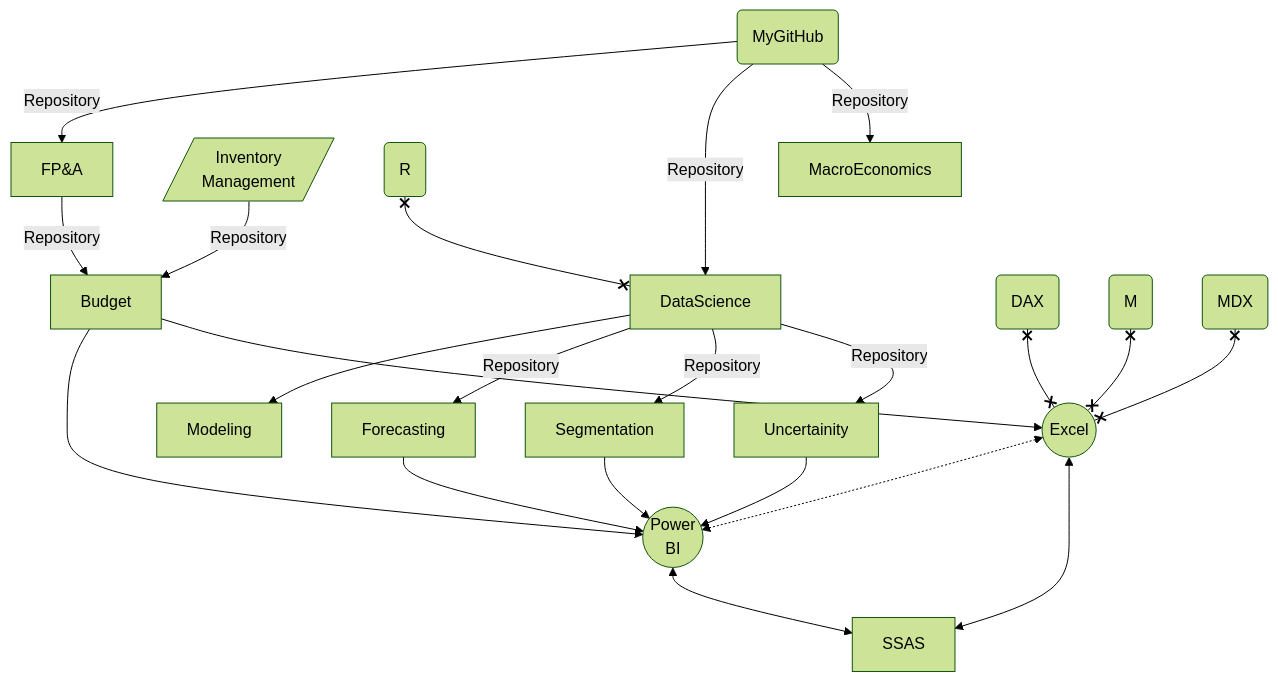
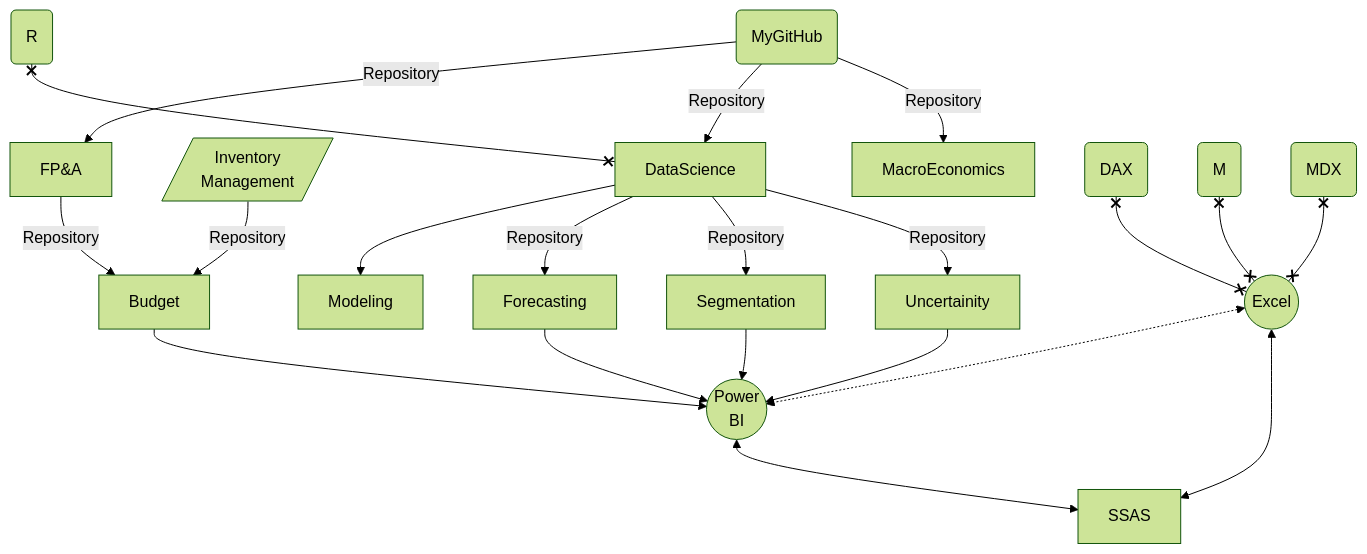
Before and after one commit to md3629/md3629: the diagram in README.md, drawn with Mermaid (forest theme).

````diff
--- a/README.md
+++ b/README.md
@@ -9,24 +9,24 @@
 ```mermaid
 graph TD;
     my(MyGitHub)-->|Repository|FP&A;
     Inv[/Inventory<br>Management/]-->|Repository|Budget;
     FP&A-->|Repository|Budget;
     R( R )x--xDataScience;
     my(MyGitHub)-->|Repository|DataScience;
     my(MyGitHub)-->|Repository|MacroEconomics;
     DataScience-->Modeling;
     DataScience--Repository-->Forecasting;
     DataScience--Repository-->Segmentation;
     DataScience--Repository-->Uncertainity;
     Uncertainity-->P((Power<br>BI));
     Forecasting-->P((Power<br>BI));
     Segmentation-->P((Power<br>BI));
     Budget-->P((Power<br>BI));
-    Budget-->E((Excel));
+    
     D(DAX)x--xE((Excel));
     M(M)x--xE((Excel));
     E((Excel))<-.->P((Power<br>BI));
     A(MDX)x--xE((Excel));
     E((Excel))<-->SSAS;
     P((Power<br>BI))<-->SSAS;
 ```
````
